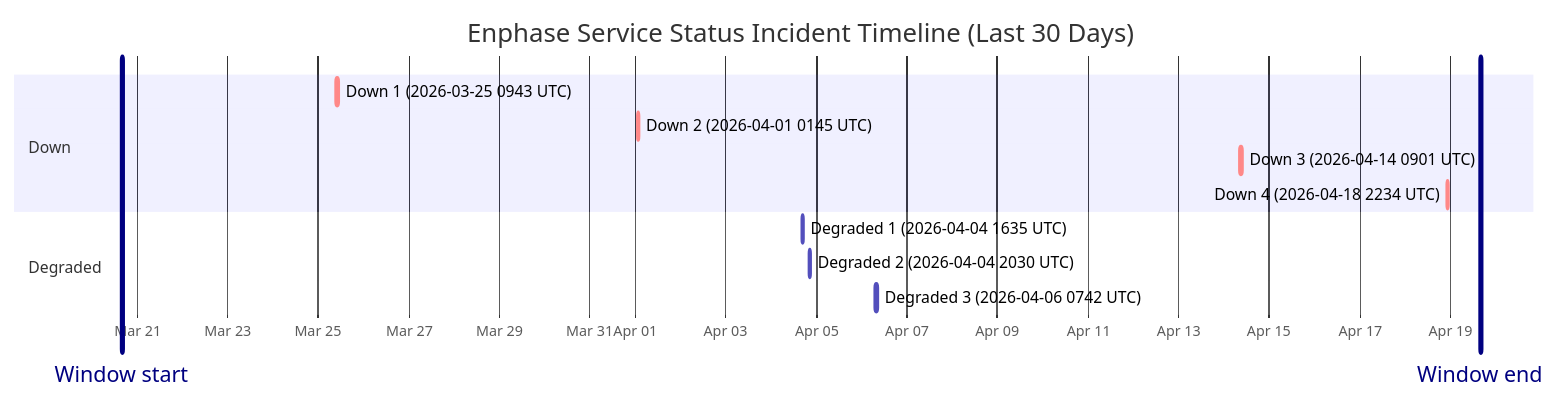
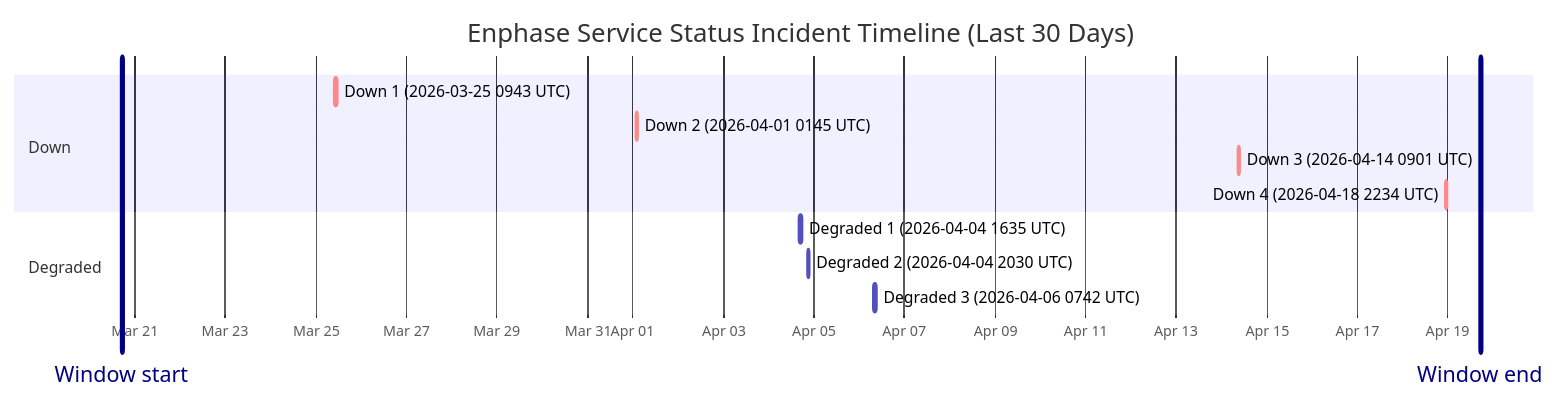
Before and after one commit to barneyonline/ha-enphase-ev-charger: the diagram in wiki/Service-Status-History.md, drawn with Mermaid. The commit also changed other lines of this file and 3 other files, not shown here.

````diff
--- a/wiki/Service-Status-History.md
+++ b/wiki/Service-Status-History.md
@@ -14,17 +14,17 @@
 ```mermaid
 gantt
     title Enphase Service Status Incident Timeline (Last 30 Days)
     dateFormat  YYYY-MM-DDTHH:mm:ss
     axisFormat  %b %d
-    Window start :vert, window-start, 2026-03-20T16:00:59, 0ms
-    Window end :vert, window-end, 2026-04-19T16:00:59, 0ms
+    Window start :vert, window-start, 2026-03-20T17:04:54, 0ms
+    Window end :vert, window-end, 2026-04-19T17:04:54, 0ms
     section Down
     Down 1 (2026-03-25 0943 UTC) :crit, down-1, 2026-03-25T09:43:28, 111m
     Down 2 (2026-04-01 0145 UTC) :crit, down-2, 2026-04-01T01:45:09, 60m
     Down 3 (2026-04-14 0901 UTC) :crit, down-3, 2026-04-14T09:01:13, 60m
     Down 4 (2026-04-18 2234 UTC) :crit, down-4, 2026-04-18T22:34:13, 60m
     section Degraded
     Degraded 1 (2026-04-04 1635 UTC) :active, degraded-1, 2026-04-04T16:35:17, 60m
     Degraded 2 (2026-04-04 2030 UTC) :active, degraded-2, 2026-04-04T20:30:40, 60m
     Degraded 3 (2026-04-06 0742 UTC) :active, degraded-3, 2026-04-06T07:42:09, 85m
 ```
````
